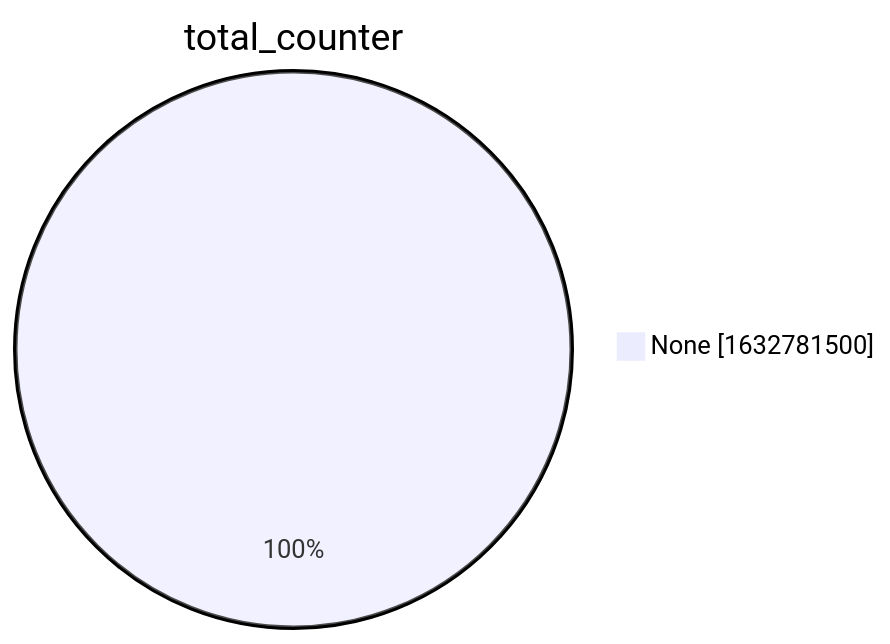
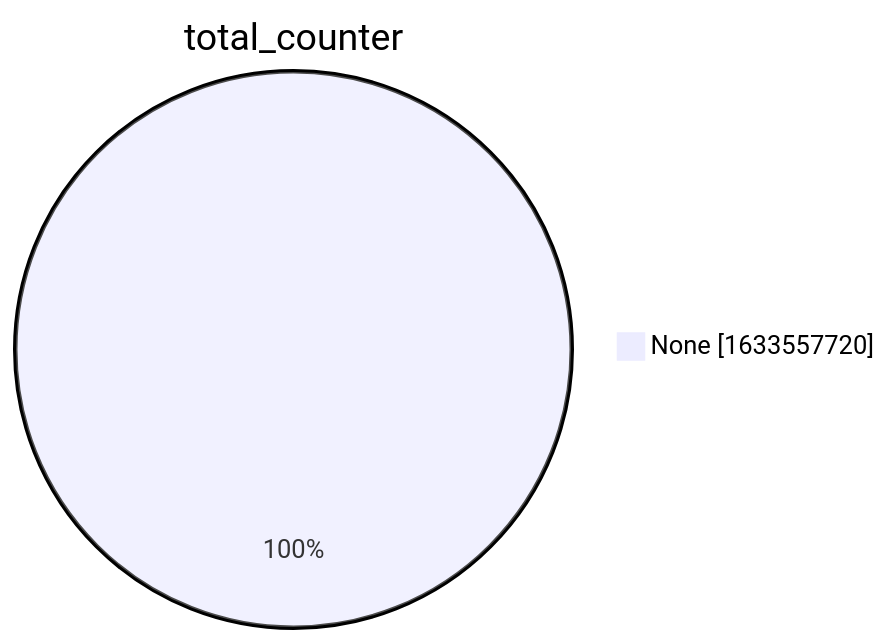
One commit to christiankrug/ctmonitor_visualization changed the second of 15 diagrams in xenon2022/README.md. Above: the diagram before and after it, drawn with Mermaid. The commit also changed other lines of this file, not shown here.

````diff
--- a/xenon2022/README.md
+++ b/xenon2022/README.md
@@ -9,5 +9,5 @@
 ```mermaid
 pie showData
 title total_counter
-"None" :1632781500
+"None" :1633557720
 ```
````
